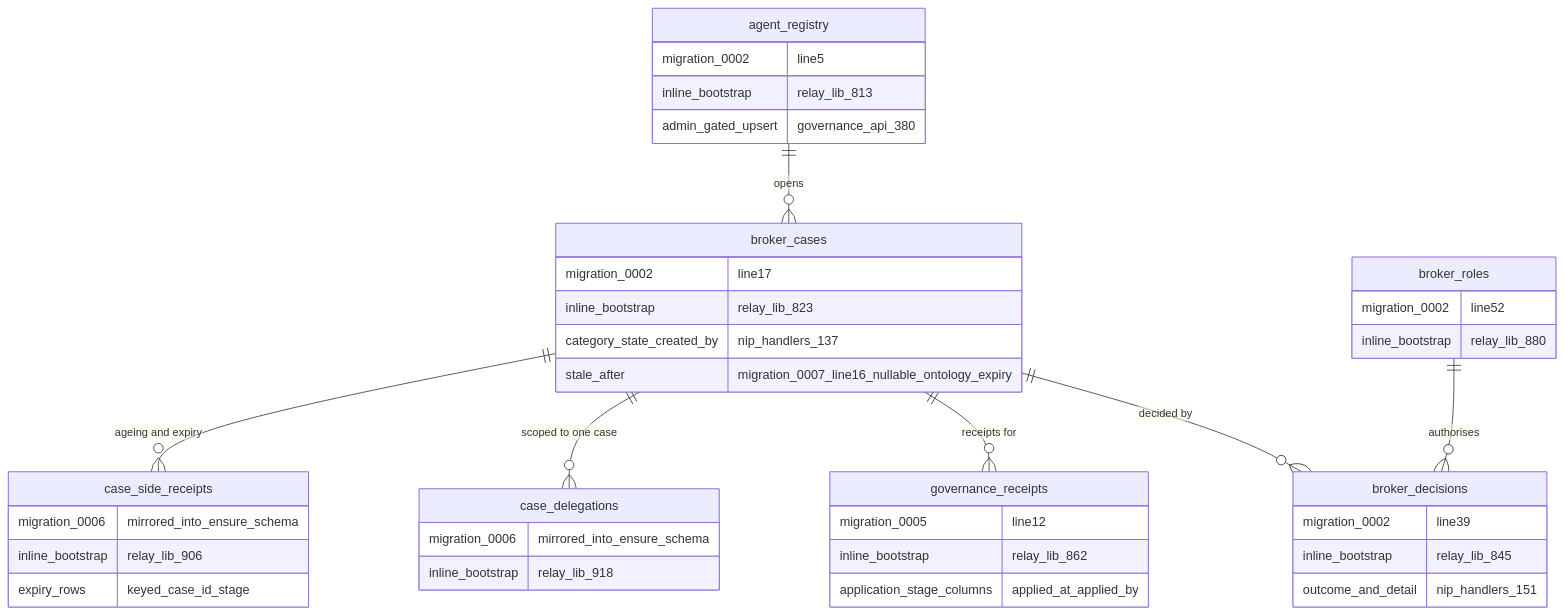
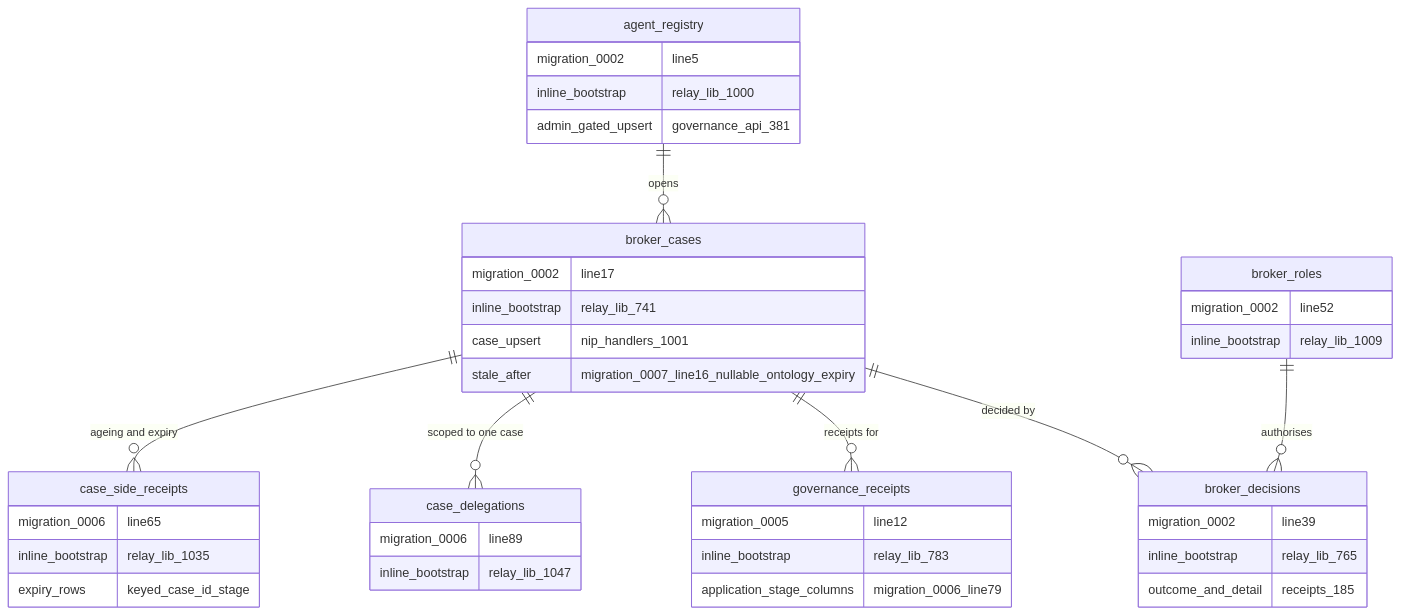
One commit to DreamLab-AI/VisionFlow changed the sixth of 17 diagrams in docs/diagrams/nostr-rust-forum/06-agent-control-surface-31400-31405.md. Above: the diagram before and after it, drawn with Mermaid. The commit also changed other lines of this file and 91 other files, not shown here.

````diff
--- a/docs/diagrams/nostr-rust-forum/06-agent-control-surface-31400-31405.md
+++ b/docs/diagrams/nostr-rust-forum/06-agent-control-surface-31400-31405.md
@@ -177,44 +179,44 @@
 ```mermaid
 erDiagram
     agent_registry ||--o{ broker_cases : "opens"
     broker_cases ||--o{ broker_decisions : "decided by"
     broker_cases ||--o{ governance_receipts : "receipts for"
     broker_roles ||--o{ broker_decisions : "authorises"
     broker_cases ||--o{ case_delegations : "scoped to one case"
     broker_cases ||--o{ case_side_receipts : "ageing and expiry"
 
     agent_registry {
         migration_0002 line5
-        inline_bootstrap relay_lib_813
-        admin_gated_upsert governance_api_380
+        inline_bootstrap relay_lib_1000
+        admin_gated_upsert governance_api_381
     }
     broker_cases {
         migration_0002 line17
-        inline_bootstrap relay_lib_823
-        category_state_created_by nip_handlers_137
+        inline_bootstrap relay_lib_741
+        case_upsert nip_handlers_1001
         stale_after migration_0007_line16_nullable_ontology_expiry
     }
     broker_decisions {
         migration_0002 line39
-        inline_bootstrap relay_lib_845
-        outcome_and_detail nip_handlers_151
+        inline_bootstrap relay_lib_765
+        outcome_and_detail receipts_185
     }
     broker_roles {
         migration_0002 line52
-        inline_bootstrap relay_lib_880
+        inline_bootstrap relay_lib_1009
     }
     governance_receipts {
         migration_0005 line12
-        inline_bootstrap relay_lib_862
-        application_stage_columns applied_at_applied_by
+        inline_bootstrap relay_lib_783
+        application_stage_columns migration_0006_line79
     }
     case_delegations {
-        migration_0006 mirrored_into_ensure_schema
-        inline_bootstrap relay_lib_918
+        migration_0006 line89
+        inline_bootstrap relay_lib_1047
     }
     case_side_receipts {
-        migration_0006 mirrored_into_ensure_schema
-        inline_bootstrap relay_lib_906
+        migration_0006 line65
+        inline_bootstrap relay_lib_1035
         expiry_rows keyed_case_id_stage
     }
 ```
````
